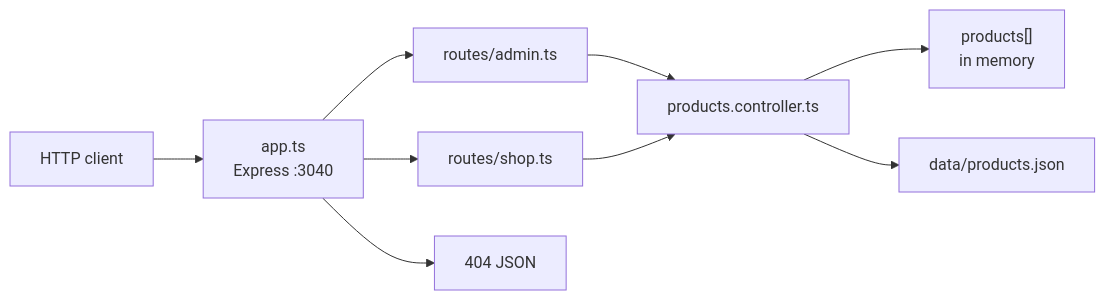
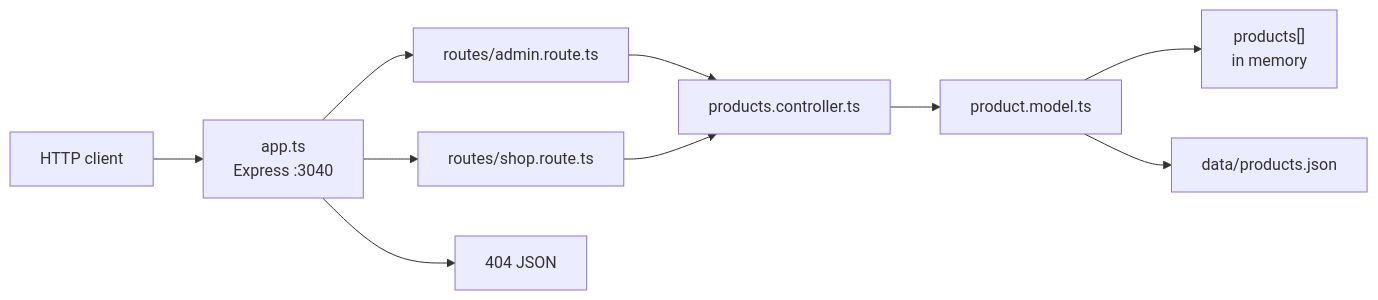
Before and after one commit to engmagdy87/backend-concepts: the diagram in README.md, drawn with Mermaid. The commit also changed other lines of this file and 1 other file, not shown here.

````diff
--- a/README.md
+++ b/README.md
@@ -67,11 +70,12 @@
 ```mermaid
 flowchart LR
   Client["HTTP client"] --> App["app.ts\nExpress :3040"]
-  App --> Admin["routes/admin.ts"]
-  App --> Shop["routes/shop.ts"]
+  App --> Admin["routes/admin.route.ts"]
+  App --> Shop["routes/shop.route.ts"]
   App --> NotFound["404 JSON"]
   Admin --> Ctrl["products.controller.ts"]
   Shop --> Ctrl
-  Ctrl --> Memory["products[]\nin memory"]
-  Ctrl --> File["data/products.json"]
+  Ctrl --> Model["product.model.ts"]
+  Model --> Memory["products[]\nin memory"]
+  Model --> File["data/products.json"]
 ```
````
